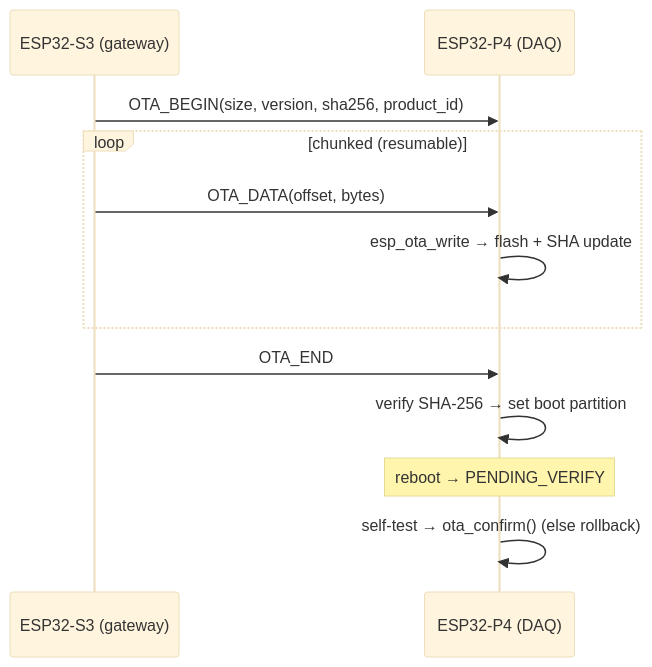
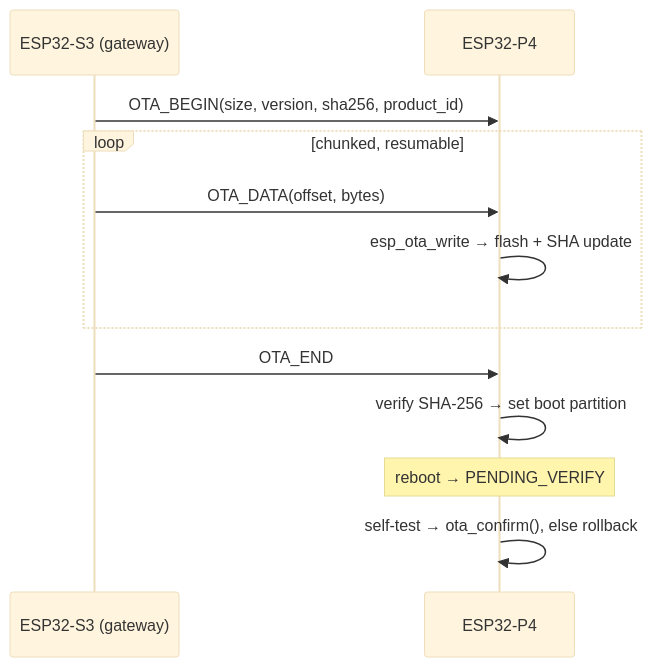
One commit to lollokara/BugBuster changed the fourth of 4 diagrams in Firmware/DAQ_HAT/README.md. Above: the diagram before and after it, drawn with Mermaid (base theme). The commit also changed other lines of this file and 61 other files, not shown here.

````diff
--- a/Firmware/DAQ_HAT/README.md
+++ b/Firmware/DAQ_HAT/README.md
@@ -226,14 +251,14 @@
 ```mermaid
 sequenceDiagram
     participant S3 as ESP32-S3 (gateway)
-    participant P4 as ESP32-P4 (DAQ)
+    participant P4 as ESP32-P4
     S3->>P4: OTA_BEGIN(size, version, sha256, product_id)
-    loop chunked (resumable)
+    loop chunked, resumable
         S3->>P4: OTA_DATA(offset, bytes)
         P4->>P4: esp_ota_write → flash + SHA update
     end
     S3->>P4: OTA_END
     P4->>P4: verify SHA-256 → set boot partition
     Note over P4: reboot → PENDING_VERIFY
-    P4->>P4: self-test → ota_confirm() (else rollback)
+    P4->>P4: self-test → ota_confirm(), else rollback
 ```
````
